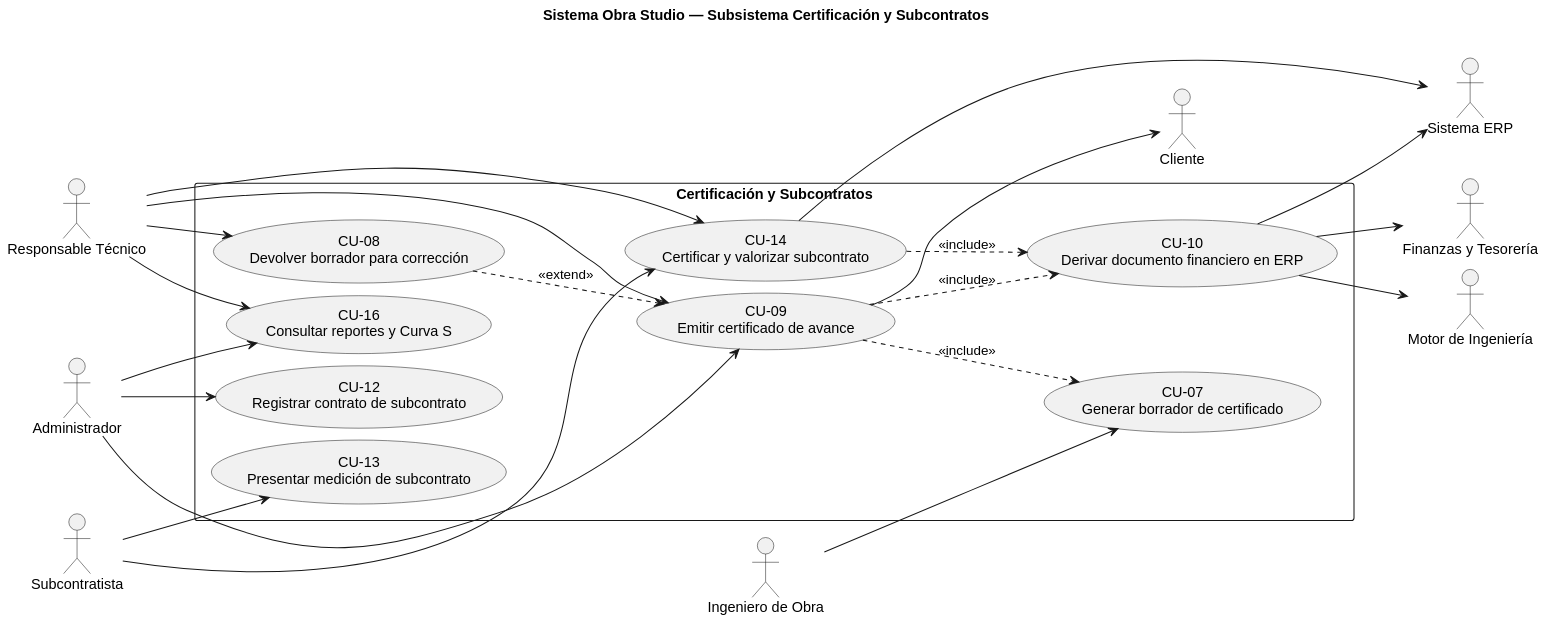
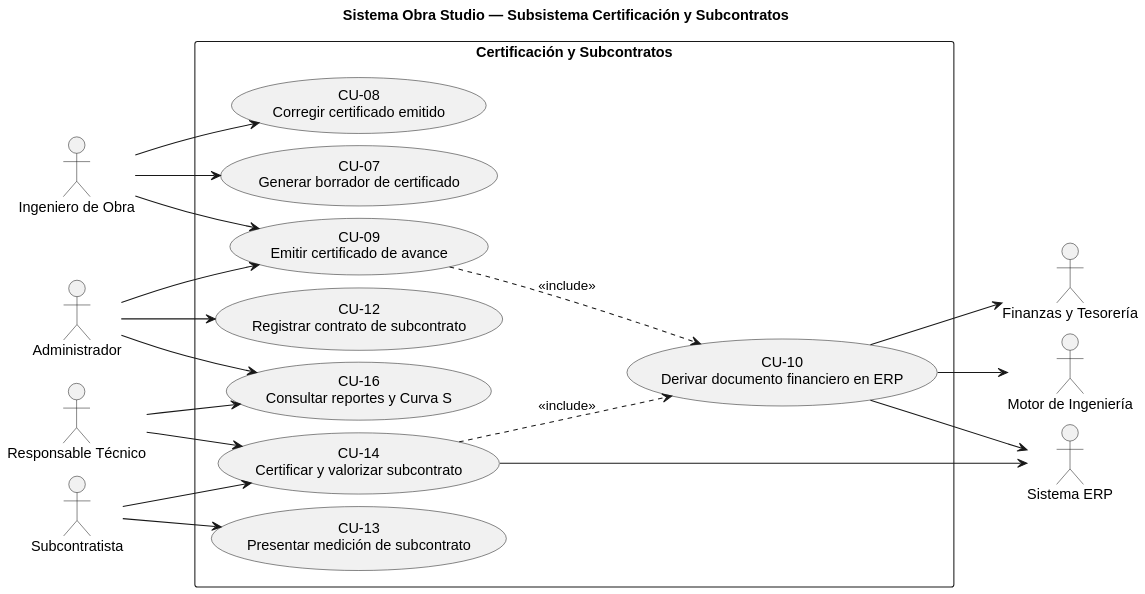
Before and after one commit to Ssrrb/TPF-teoria: the diagram in modelo/uml/02-casos-de-uso-B.puml, drawn with PlantUML. The commit also changed 40 other files, not shown here.

```diff
--- a/modelo/uml/02-casos-de-uso-B.puml
+++ b/modelo/uml/02-casos-de-uso-B.puml
@@ -1,52 +1,48 @@
 @startuml
 left to right direction
 skinparam dpi 150
 skinparam shadowing false
 skinparam defaultFontName Liberation Sans
 skinparam packageStyle rectangle
 skinparam nodesep 12
 skinparam ranksep 60
 title Sistema Obra Studio — Subsistema Certificación y Subcontratos
 
 actor "Ingeniero de Obra" as ING
 actor "Responsable Técnico" as SUP
 actor "Administrador" as ADM
 actor "Subcontratista" as SUB
 
 rectangle "Certificación y Subcontratos" {
   usecase "CU-07\nGenerar borrador de certificado" as CU_07
-  usecase "CU-08\nDevolver borrador para corrección" as CU_08
+  usecase "CU-08\nCorregir certificado emitido" as CU_08
   usecase "CU-09\nEmitir certificado de avance" as CU_09
   usecase "CU-10\nDerivar documento financiero en ERP" as CU_10
   usecase "CU-12\nRegistrar contrato de subcontrato" as CU_12
   usecase "CU-13\nPresentar medición de subcontrato" as CU_13
   usecase "CU-14\nCertificar y valorizar subcontrato" as CU_14
   usecase "CU-16\nConsultar reportes y Curva S" as CU_16
 }
 
-actor "Cliente" as CLI
 actor "Motor de Ingeniería" as ECMS
 actor "Sistema ERP" as ERP
 actor "Finanzas y Tesorería" as TES
 
 ING --> CU_07
-SUP --> CU_08
-SUP --> CU_09
+ING --> CU_08
+ING --> CU_09
 ADM --> CU_09
-CU_09 --> CLI
 CU_10 --> ECMS
 CU_10 --> ERP
 CU_10 --> TES
 ADM --> CU_12
 SUB --> CU_13
 SUP --> CU_14
 SUB --> CU_14
 CU_14 --> ERP
 ADM --> CU_16
 SUP --> CU_16
 
-CU_09 ..> CU_07 : <<include>>
 CU_09 ..> CU_10 : <<include>>
 CU_14 ..> CU_10 : <<include>>
-CU_08 ..> CU_09 : <<extend>>
 @enduml
```
